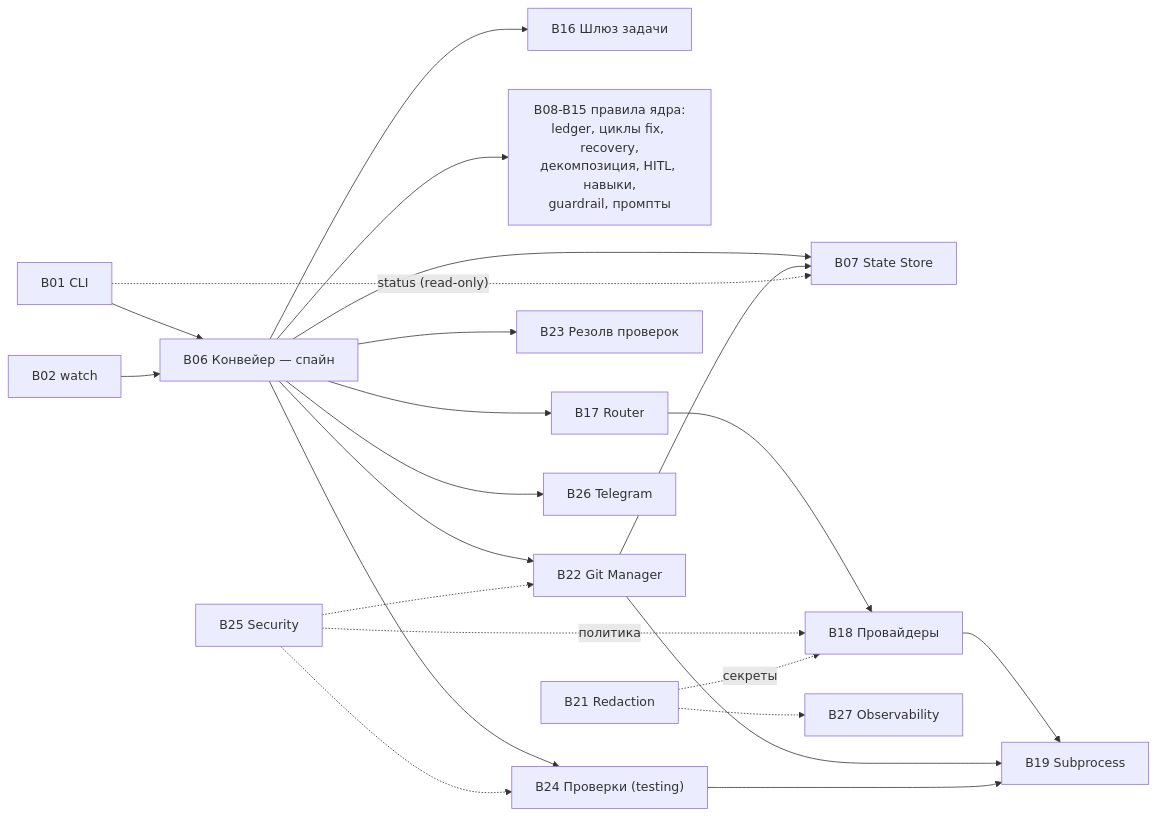
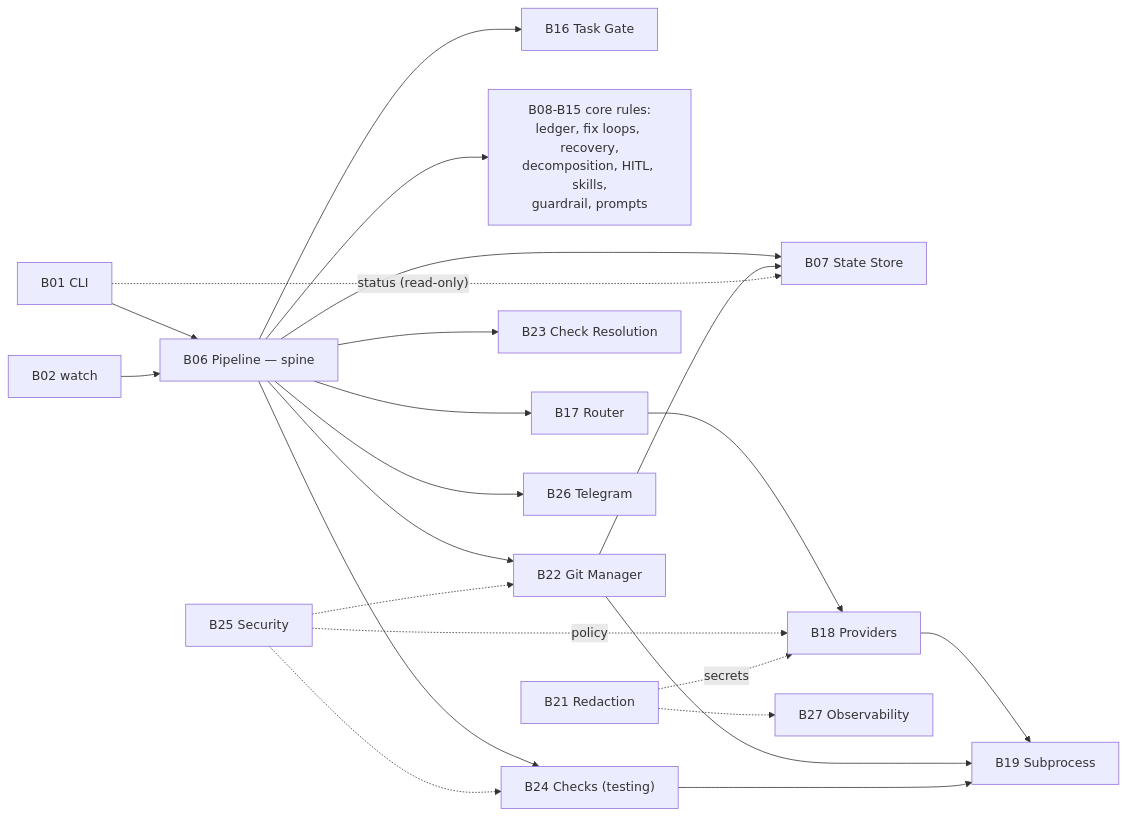
One commit to VladimirMakarevich/wastech-orchestrator changed the third of 3 diagrams in docs/functional/index.md. Above: the diagram before and after it, drawn with Mermaid. The commit also changed other lines of this file and 41 other files, not shown here.

Commit message:
docs: translate system flows documentation from Russian to English, ensuring clarity and consistency in terminology. Update sequence diagrams and flowcharts to reflect the changes in language. Maintain the structure and references to blocks for ease of navigation.

````diff
--- a/docs/functional/index.md
+++ b/docs/functional/index.md
@@ -189,41 +189,41 @@
 ```mermaid
 flowchart LR
     B01["B01 CLI"]
     B02["B02 watch"]
-    B06["B06 Конвейер — спайн"]
-    B16["B16 Шлюз задачи"]
+    B06["B06 Pipeline — spine"]
+    B16["B16 Task Gate"]
     B07["B07 State Store"]
-    rules["B08-B15 правила ядра:<br/>ledger, циклы fix, recovery,<br/>декомпозиция, HITL, навыки,<br/>guardrail, промпты"]
+    rules["B08-B15 core rules:<br/>ledger, fix loops, recovery,<br/>decomposition, HITL, skills,<br/>guardrail, prompts"]
     B17["B17 Router"]
-    B18["B18 Провайдеры"]
+    B18["B18 Providers"]
     B19["B19 Subprocess"]
     B22["B22 Git Manager"]
-    B23["B23 Резолв проверок"]
-    B24["B24 Проверки (testing)"]
+    B23["B23 Check Resolution"]
+    B24["B24 Checks (testing)"]
     B26["B26 Telegram"]
     B27["B27 Observability"]
     B21["B21 Redaction"]
     B25["B25 Security"]
 
     B01 --> B06
     B02 --> B06
     B06 --> B16
     B06 --> B07
     B06 --> rules
     B06 --> B17
     B06 --> B23
     B06 --> B24
     B06 --> B22
     B06 --> B26
     B17 --> B18
     B18 --> B19
     B22 --> B19
     B24 --> B19
     B22 --> B07
     B01 -.->|"status (read-only)"| B07
-    B25 -.->|"политика"| B18
+    B25 -.->|"policy"| B18
     B25 -.-> B22
     B25 -.-> B24
-    B21 -.->|"секреты"| B18
+    B21 -.->|"secrets"| B18
     B21 -.-> B27
 ```
````
